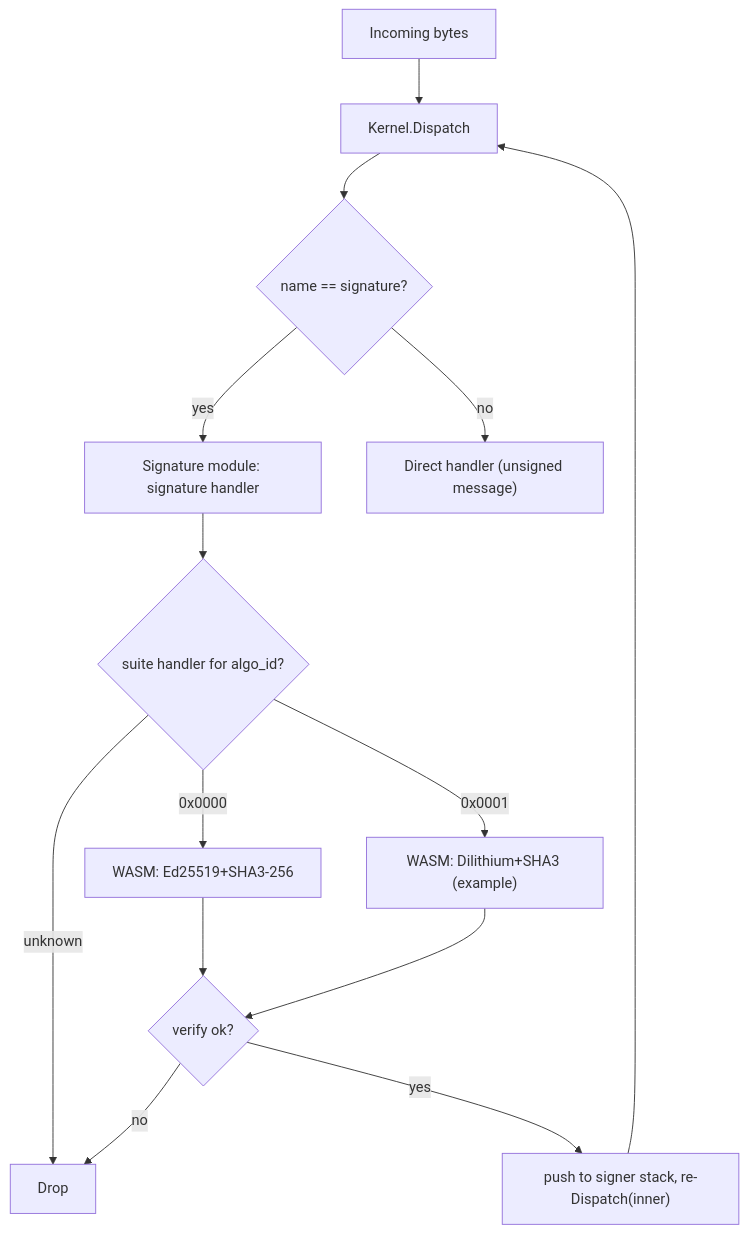
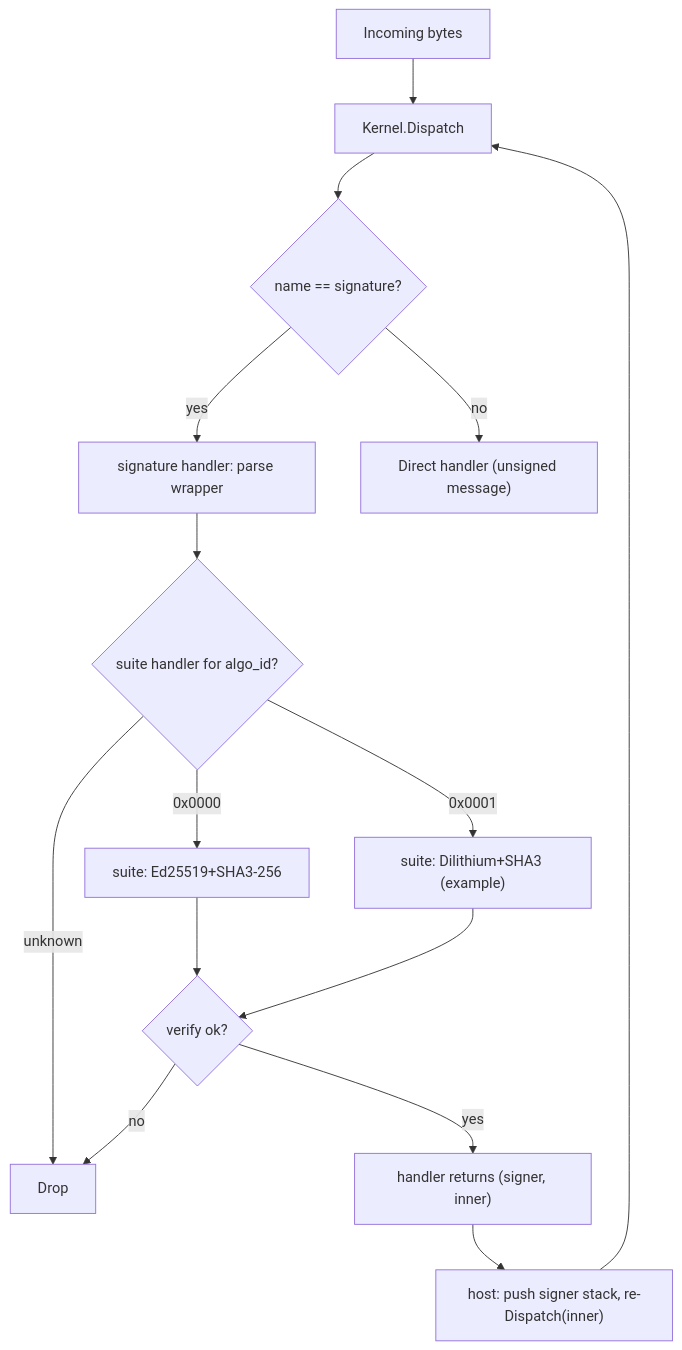
One commit to arj03/seedkernel changed the second of 2 diagrams in README.md. Above: the diagram before and after it, drawn with Mermaid. The commit also changed other lines of this file and 16 other files, not shown here.

First line of the commit message:
Simplify signature wasm module

````diff
--- a/README.md
+++ b/README.md
@@ -361,16 +361,17 @@
 ```mermaid
 flowchart TD
     MSG["Incoming bytes"] --> KERNEL["Kernel.Dispatch"]
     KERNEL --> NAME{"name == signature?"}
-    NAME -->|"yes"| WRAP["Signature module: signature handler"]
+    NAME -->|"yes"| WRAP["signature handler: parse wrapper"]
     NAME -->|"no"| INNER["Direct handler (unsigned message)"]
     WRAP --> LOOKUP{"suite handler for algo_id?"}
-    LOOKUP -->|"0x0000"| NATIVE["WASM: Ed25519+SHA3-256"]
-    LOOKUP -->|"0x0001"| WASM1["WASM: Dilithium+SHA3 (example)"]
+    LOOKUP -->|"0x0000"| NATIVE["suite: Ed25519+SHA3-256"]
+    LOOKUP -->|"0x0001"| WASM1["suite: Dilithium+SHA3 (example)"]
     LOOKUP -->|"unknown"| DROP["Drop"]
     NATIVE --> VERIFY{"verify ok?"}
     WASM1 --> VERIFY
     VERIFY -->|"no"| DROP
-    VERIFY -->|"yes"| REDISP["push to signer stack, re-Dispatch(inner)"]
+    VERIFY -->|"yes"| RETURN["handler returns (signer, inner)"]
+    RETURN --> REDISP["host: push signer stack, re-Dispatch(inner)"]
     REDISP --> KERNEL
 ```
````
